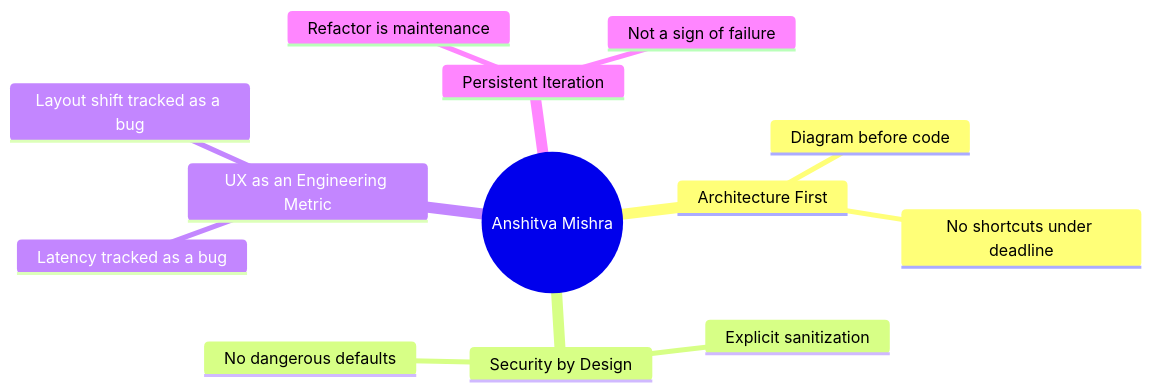
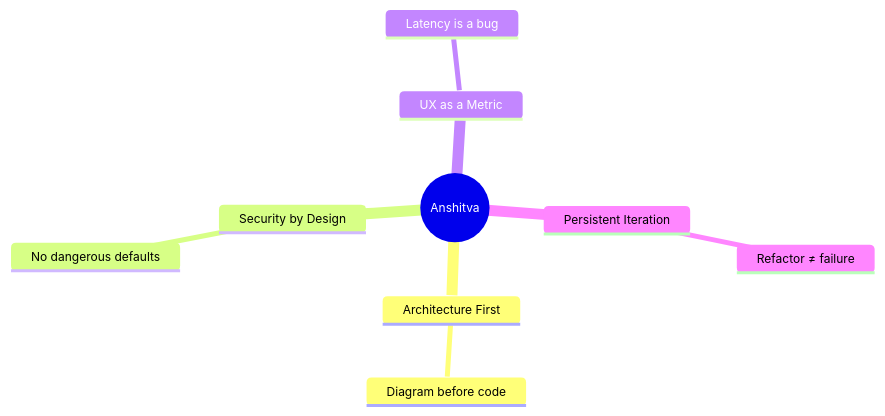
One commit to Anshitva7mishra/Anshitva7mishra changed the first of 7 diagrams in README.md. Above: the diagram before and after it, drawn with Mermaid. The commit also changed other lines of this file, not shown here.

````diff
--- a/README.md
+++ b/README.md
@@ -22,16 +29,13 @@
 ```mermaid
+%%{init: {"themeVariables": {"fontSize": "12px"}}}%%
 mindmap
-  root((Anshitva Mishra))
+  root((Anshitva))
     Architecture First
       Diagram before code
-      No shortcuts under deadline
     Security by Design
-      Explicit sanitization
       No dangerous defaults
-    UX as an Engineering Metric
-      Latency tracked as a bug
-      Layout shift tracked as a bug
+    UX as a Metric
+      Latency is a bug
     Persistent Iteration
-      Refactor is maintenance
-      Not a sign of failure
+      Refactor ≠ failure
 ```
````
